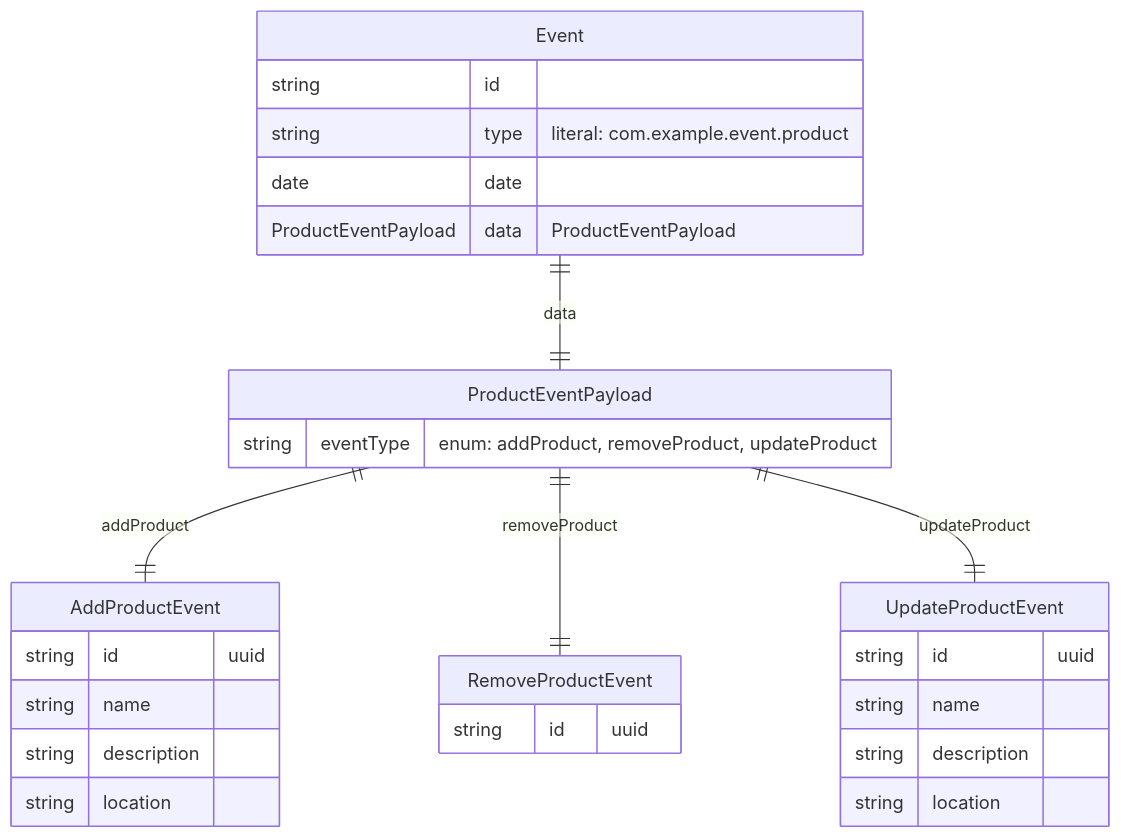
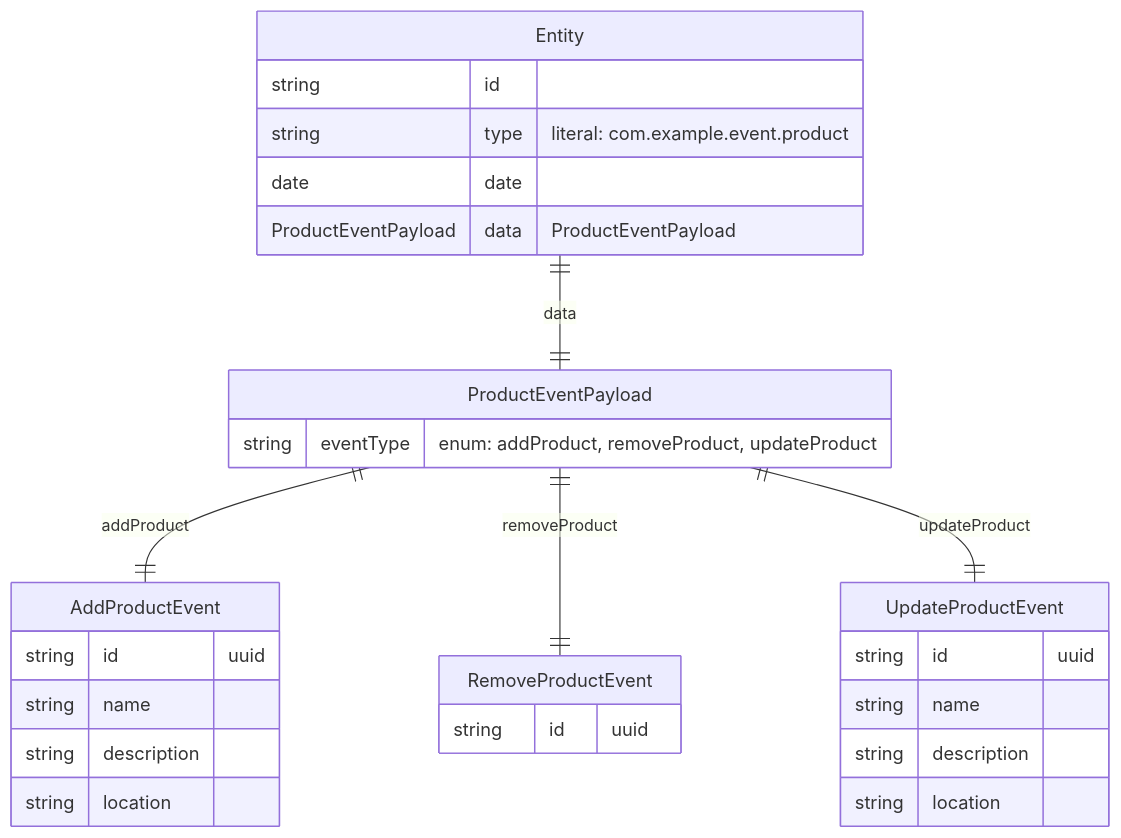
One commit to kothar/zod-mermaid changed diagram 11 of 16 in examples/mermaid-examples.md. Above: the diagram before and after it, drawn with Mermaid. The commit also changed other lines of this file and 2 other files, not shown here.

First line of the commit message:
refactor: Update entity references in Mermaid examples and improve schema metadata handling

````diff
--- a/examples/mermaid-examples.md
+++ b/examples/mermaid-examples.md
@@ -241,31 +241,31 @@
 ```mermaid
 erDiagram
-    Event {
+    Entity {
         string id
         string type "literal: com.example.event.product"
         date date
         ProductEventPayload data "ProductEventPayload"
     }
     ProductEventPayload {
         string eventType "enum: addProduct, removeProduct, updateProduct"
     }
     AddProductEvent {
         string id "uuid"
         string name
         string description
         string location
     }
     RemoveProductEvent {
         string id "uuid"
     }
     UpdateProductEvent {
         string id "uuid"
         string name
         string description
         string location
     }
-    Event ||--|| ProductEventPayload : "data"
+    Entity ||--|| ProductEventPayload : "data"
     ProductEventPayload ||--|| AddProductEvent : "addProduct"
     ProductEventPayload ||--|| RemoveProductEvent : "removeProduct"
     ProductEventPayload ||--|| UpdateProductEvent : "updateProduct"
 ```
````
